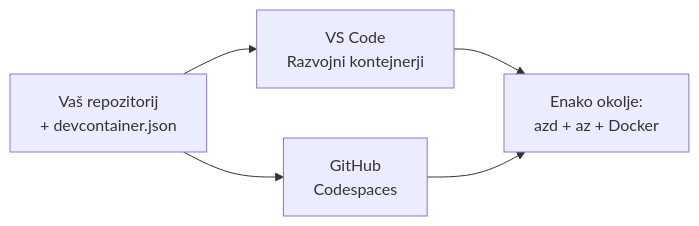
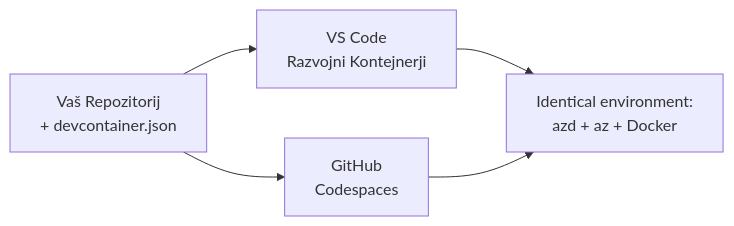
One commit to microsoft/AZD-for-beginners changed the diagram in translations/sl/docs/chapter-01-foundation/dev-containers.md. Above: the diagram before and after it, drawn with Mermaid. The commit also changed other lines of this file and 60 other files, not shown here.

````diff
--- a/translations/sl/docs/chapter-01-foundation/dev-containers.md
+++ b/translations/sl/docs/chapter-01-foundation/dev-containers.md
@@ -41,7 +41,7 @@
 ```mermaid
 graph LR
-    Repo[Vaš repozitorij<br/>+ devcontainer.json] --> VSCode[VS Code<br/>Razvojni kontejnerji]
+    Repo[Vaš Repozitorij<br/>+ devcontainer.json] --> VSCode[VS Code<br/>Razvojni Kontejnerji]
     Repo --> Codespaces[GitHub<br/>Codespaces]
-    VSCode --> Env[Enako okolje:<br/>azd + az + Docker]
+    VSCode --> Env[Identical environment:<br/>azd + az + Docker]
     Codespaces --> Env
 ```
````
